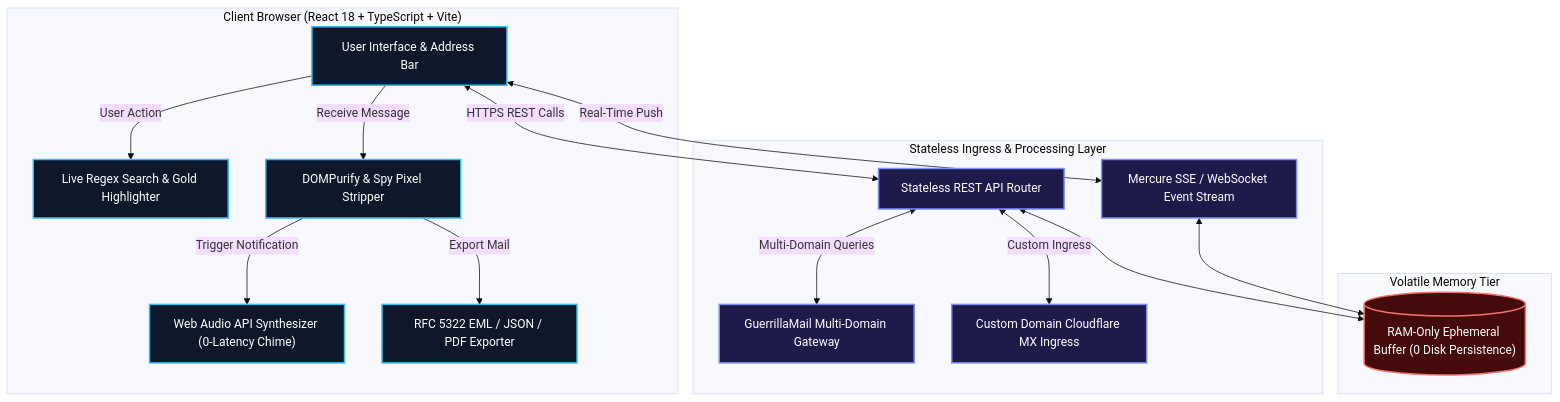
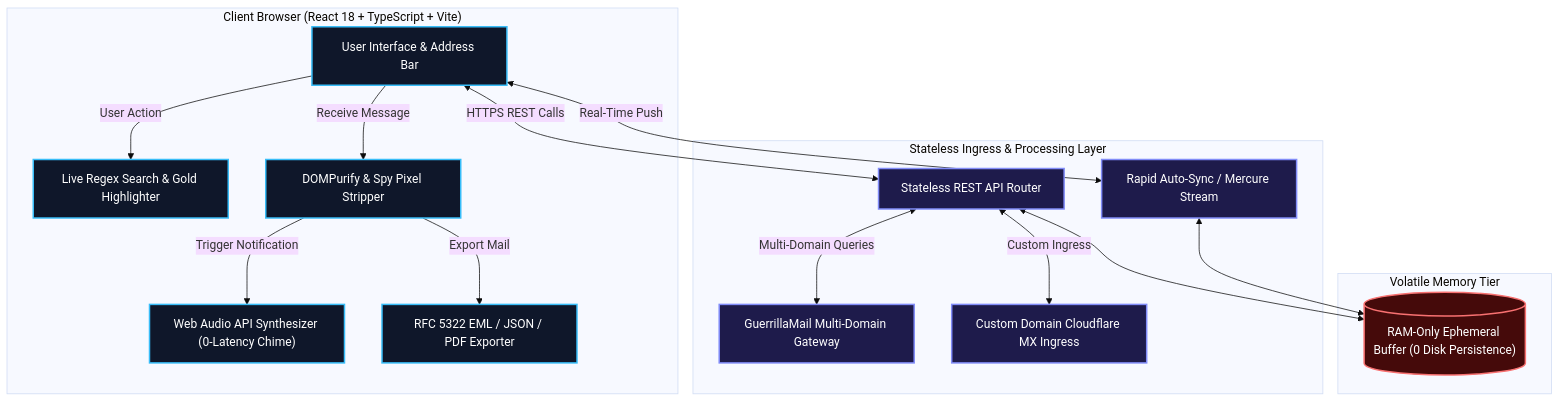
The diagram in README.md (jokallame350-lang/temp-mailmephisto), drawn with Mermaid (base theme) before and after one commit. The commit also changed 22 other files, not shown here.

````diff
--- a/README.md
+++ b/README.md
@@ -135,42 +135,42 @@
 ```mermaid
 flowchart TD
     subgraph Client ["Client Browser (React 18 + TypeScript + Vite)"]
         UI["User Interface & Address Bar"]
         Search["Live Regex Search & Gold Highlighter"]
         Audio["Web Audio API Synthesizer (0-Latency Chime)"]
         Purify["DOMPurify & Spy Pixel Stripper"]
         Export["RFC 5322 EML / JSON / PDF Exporter"]
     end
 
     subgraph Relays ["Stateless Ingress & Processing Layer"]
         API["Stateless REST API Router"]
-        SSE["Mercure SSE / WebSocket Event Stream"]
+        SSE["Rapid Auto-Sync / Mercure Stream"]
         GuerrillaRouter["GuerrillaMail Multi-Domain Gateway"]
         BYOD["Custom Domain Cloudflare MX Ingress"]
     end
 
     subgraph Storage ["Volatile Memory Tier"]
         RAM[("RAM-Only Ephemeral Buffer (0 Disk Persistence)")]
     end
 
     UI -->|"User Action"| Search
     UI -->|"Receive Message"| Purify
     Purify -->|"Trigger Notification"| Audio
     Purify -->|"Export Mail"| Export
     
     UI <-->|"HTTPS REST Calls"| API
     UI <-->|"Real-Time Push"| SSE
     API <-->|"Multi-Domain Queries"| GuerrillaRouter
     API <-->|"Custom Ingress"| BYOD
     
     API <--> RAM
     SSE <--> RAM
 
     classDef client fill:#0f172a,stroke:#38bdf8,stroke-width:2px,color:#fff;
     classDef relay fill:#1e1b4b,stroke:#818cf8,stroke-width:2px,color:#fff;
     classDef storage fill:#450a0a,stroke:#f87171,stroke-width:2px,color:#fff;
 
     class UI,Search,Audio,Purify,Export client;
     class API,SSE,GuerrillaRouter,BYOD relay;
     class RAM storage;
 ```
````
